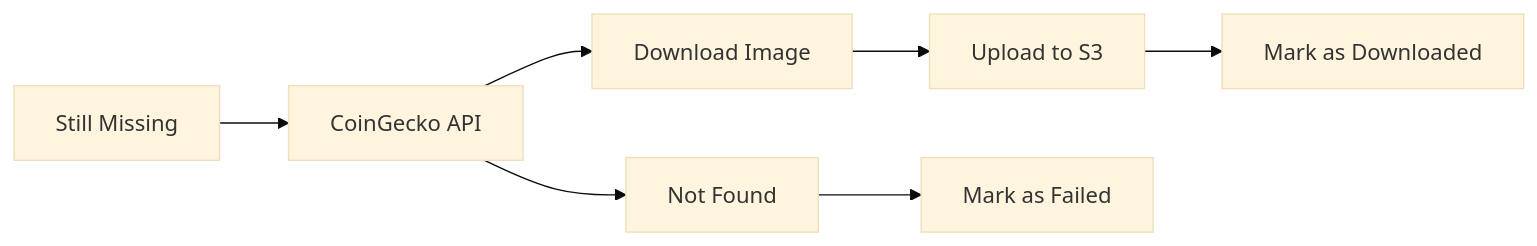
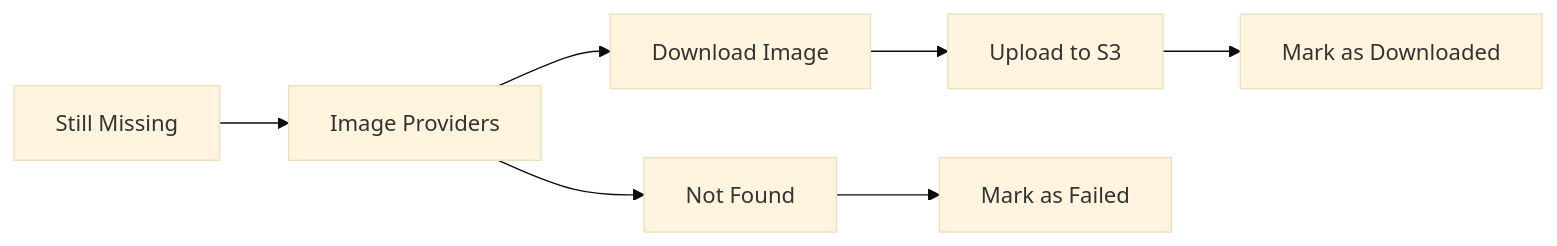
The fourth of 5 diagrams in README.md (euler-xyz/token-images), drawn with Mermaid (base theme) before and after one commit. The commit also changed other lines of this file and 1 other file, not shown here.

````diff
--- a/README.md
+++ b/README.md
@@ -145,8 +131,8 @@
 ```mermaid
 graph LR
-    A[Still Missing] --> B[CoinGecko API]
+    A[Still Missing] --> B[Image Providers]
     B --> C[Download Image]
     C --> D[Upload to S3]
     D --> E[Mark as Downloaded]
     B --> F[Not Found] --> G[Mark as Failed]
 ```
````
